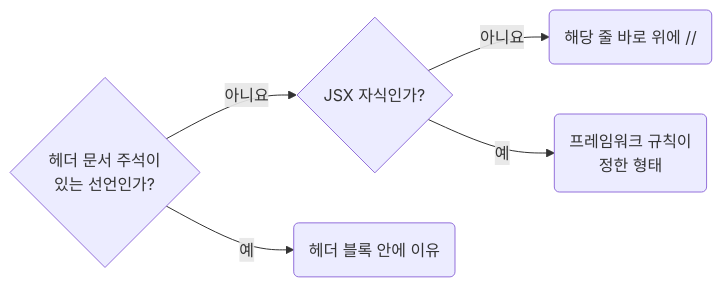
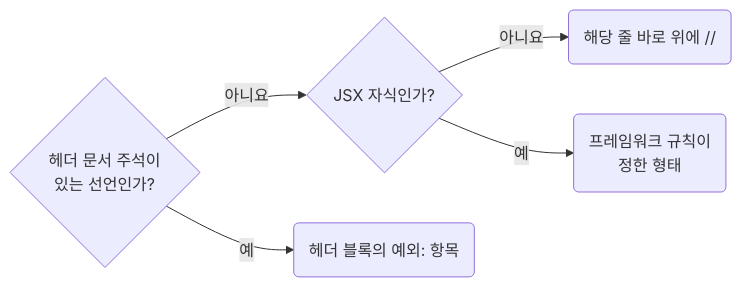
Before and after one commit to minu-ha/agent-conventions: diagram 15 of 15 in skill/typescript/HANDBOOK.md, drawn with Mermaid. The commit also changed other lines of this file and 9 other files, not shown here.

````diff
--- a/skill/typescript/HANDBOOK.md
+++ b/skill/typescript/HANDBOOK.md
@@ -3912,6 +3969,6 @@
 ```mermaid
 flowchart LR
 	q1{"헤더 문서 주석이<br>있는 선언인가?"} -- 아니요 --> q2{"JSX 자식인가?"} -- 아니요 --> r3("해당 줄 바로 위에 //")
-	q1 -- 예 --> r1("헤더 블록 안에 이유")
+	q1 -- 예 --> r1("헤더 블록의 예외: 항목")
 	q2 -- 예 --> r2("프레임워크 규칙이<br>정한 형태")
 ```
````
